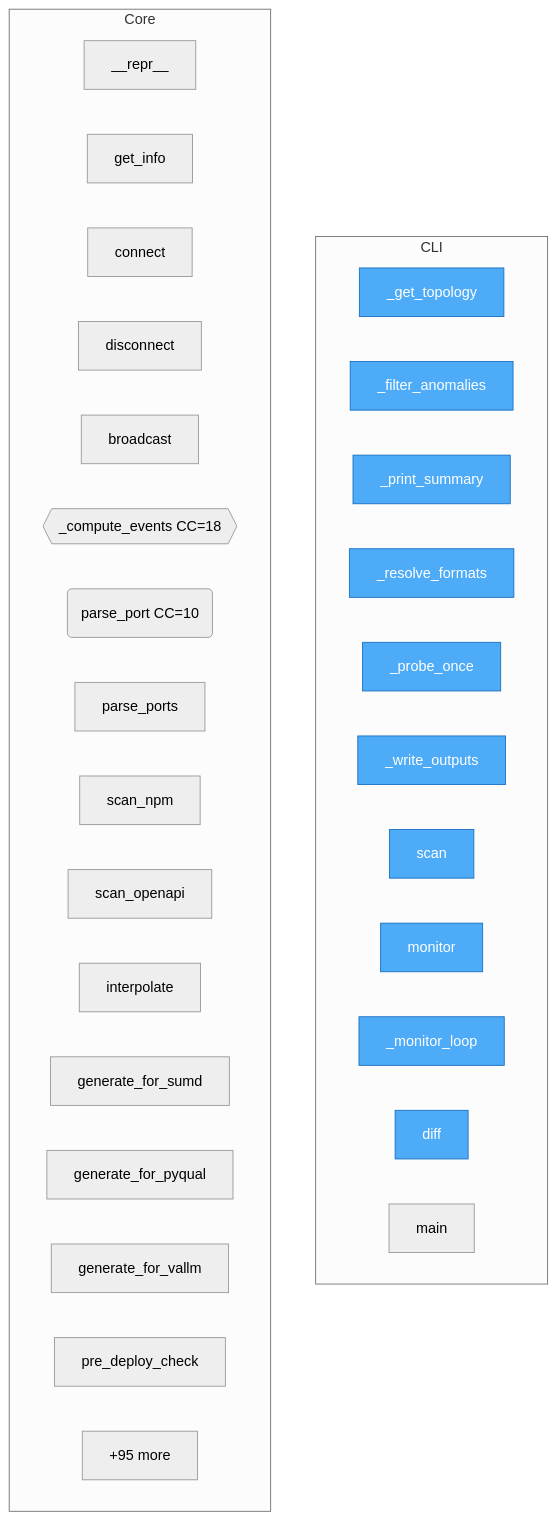
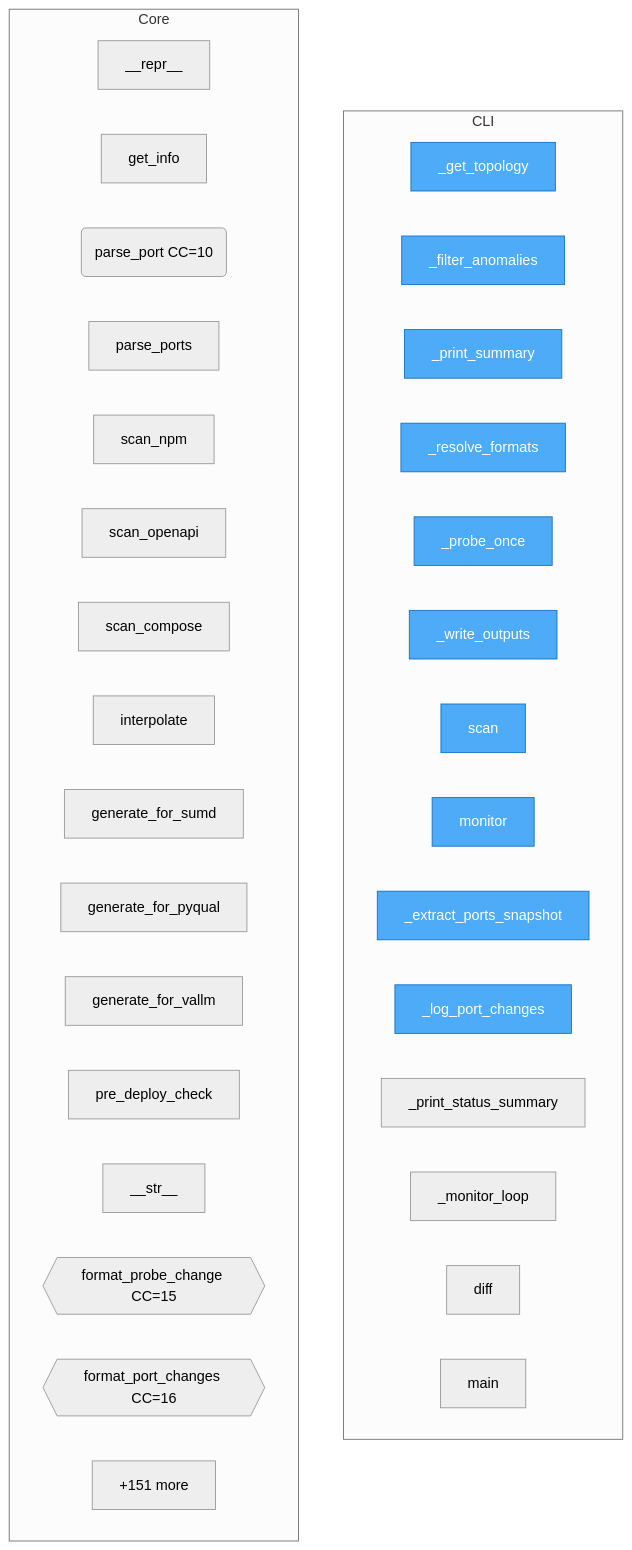
The diagram in project/flow.mmd (semcod/deta), drawn with Mermaid (neutral theme) before and after one commit. The commit also changed 27 other files, not shown here.

```diff
--- a/project/flow.mmd
+++ b/project/flow.mmd
@@ -1,39 +1,42 @@
 flowchart TD
 
     %% Entry points (blue)
     classDef entry fill:#4dabf7,stroke:#1971c2,color:#fff
 
     subgraph CLI
         deta__cli___get_topology["_get_topology"]
         deta__cli___filter_anomalies["_filter_anomalies"]
         deta__cli___print_summary["_print_summary"]
         deta__cli___resolve_formats["_resolve_formats"]
         deta__cli___probe_once["_probe_once"]
         deta__cli___write_outputs["_write_outputs"]
         deta__cli__scan["scan"]
         deta__cli__monitor["monitor"]
+        deta__cli___extract_ports_snapshot["_extract_ports_snapshot"]
+        deta__cli___log_port_changes["_log_port_changes"]
+        deta__cli___print_status_summary["_print_status_summary"]
         deta__cli___monitor_loop["_monitor_loop"]
         deta__cli__diff["diff"]
         deta__cli__main["main"]
     end
 
     subgraph Core
         deta__core__Wup____repr__["__repr__"]
         deta__core__Wup__get_info["get_info"]
-        deta__web__app__ConnectionManager__connect["connect"]
-        deta__web__app__ConnectionManager__disconnect["disconnect"]
-        deta__web__app__ConnectionManager__broadcast["broadcast"]
-        deta__web__app___compute_events{{_compute_events CC=18}}
         deta__scanner__ports__parse_port("parse_port CC=10")
         deta__scanner__ports__parse_ports["parse_ports"]
         deta__scanner__npm__scan_npm["scan_npm"]
         deta__scanner__openapi__scan_openapi["scan_openapi"]
+        deta__scanner__compose__scan_compose["scan_compose"]
         deta__scanner__env__interpolate["interpolate"]
         deta__integration__semcod__generate_for_sumd["generate_for_sumd"]
         deta__integration__semcod__generate_for_pyqual["generate_for_pyqual"]
         deta__integration__semcod__generate_for_vallm["generate_for_vallm"]
         deta__integration__semcod__pre_deploy_check["pre_deploy_check"]
-        ...["+95 more"]
+        deta__dsl__commands__ChangeDSL____str__["__str__"]
+        deta__dsl__commands__format_probe_change{{format_probe_change CC=15}}
+        deta__dsl__commands__format_port_changes{{format_port_changes CC=16}}
+        ...["+151 more"]
     end
 
-    class deta__cli___get_topology,deta__cli___filter_anomalies,deta__cli___print_summary,deta__cli___resolve_formats,deta__cli___probe_once,deta__cli___write_outputs,deta__cli__scan,deta__cli__monitor,deta__cli___monitor_loop,deta__cli__diff entry
+    class deta__cli___get_topology,deta__cli___filter_anomalies,deta__cli___print_summary,deta__cli___resolve_formats,deta__cli___probe_once,deta__cli___write_outputs,deta__cli__scan,deta__cli__monitor,deta__cli___extract_ports_snapshot,deta__cli___log_port_changes entry
```
